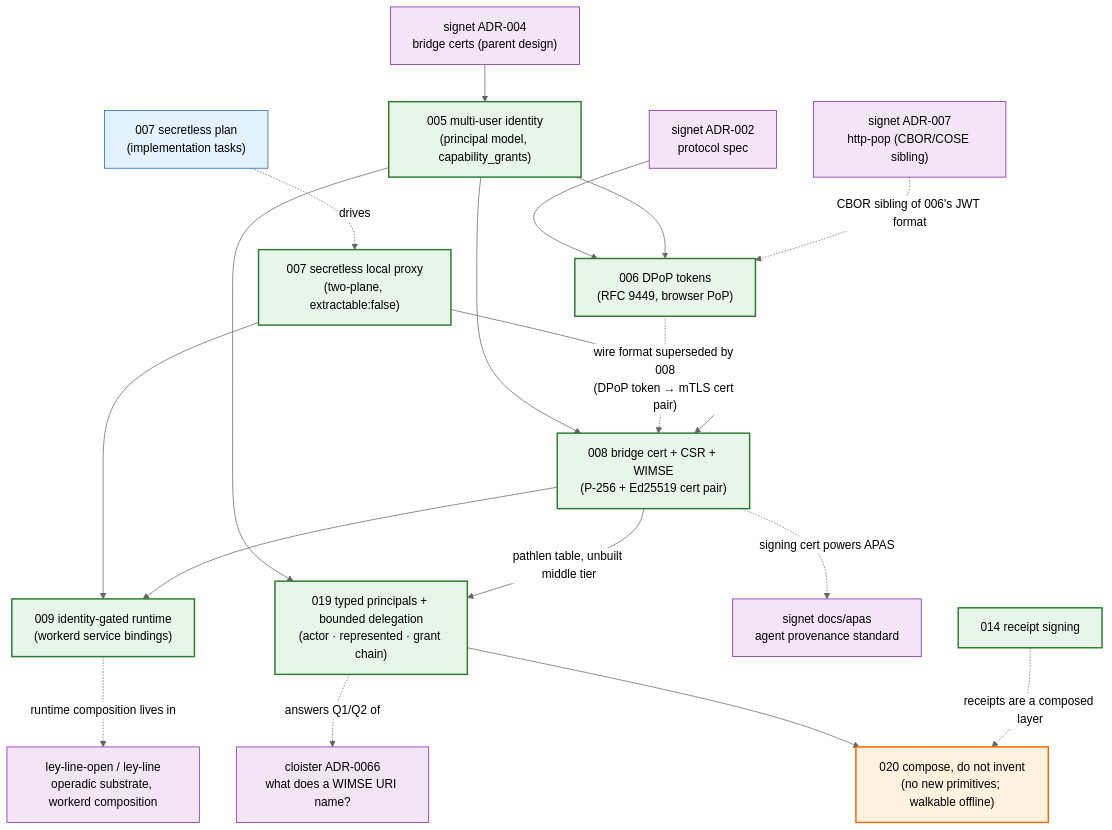
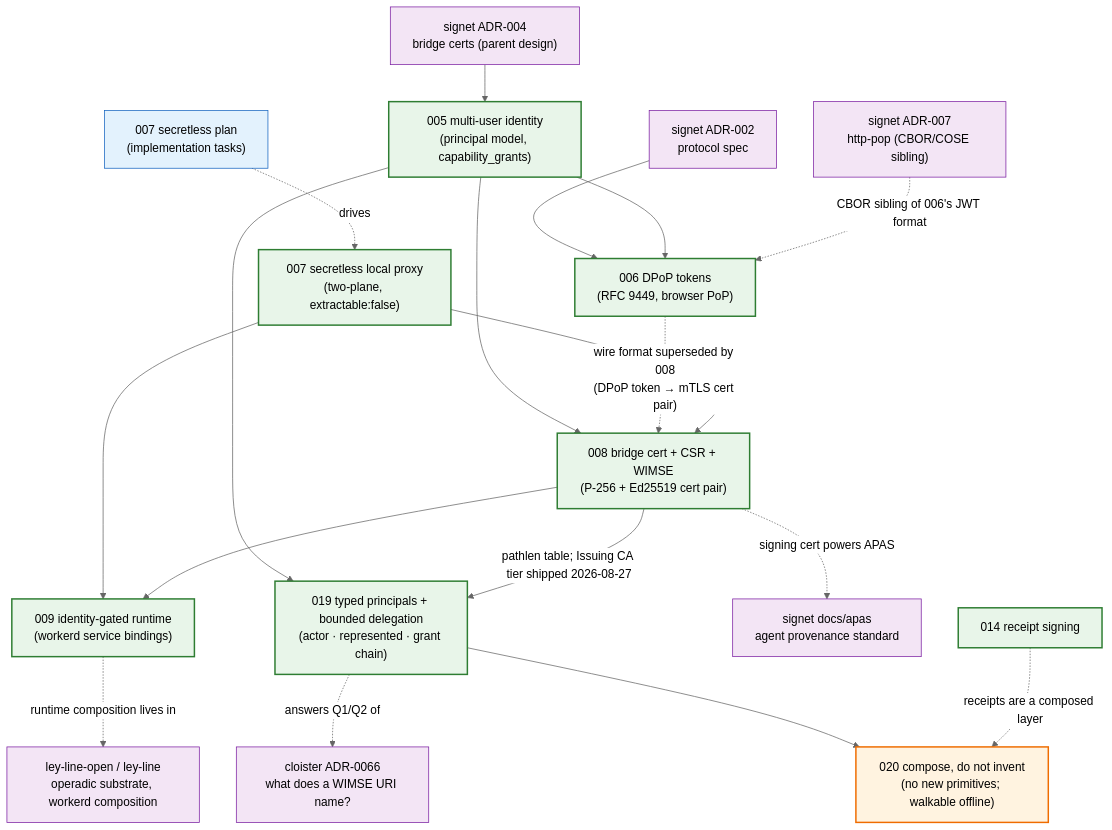
Before and after one commit to agentic-research/notme: the diagram in docs/README.md, drawn with Mermaid (neutral theme). The commit also changed 13 other files, not shown here.

````diff
--- a/docs/README.md
+++ b/docs/README.md
@@ -31,42 +31,42 @@
 ```mermaid
 graph TD
     classDef accepted fill:#e8f5e9,stroke:#2e7d32,stroke-width:2px,color:#000
     classDef proposed fill:#fff3e0,stroke:#ef6c00,stroke-width:2px,color:#000
     classDef plan fill:#e3f2fd,stroke:#1565c0,stroke-width:1px,color:#000
     classDef external fill:#f3e5f5,stroke:#7b1fa2,stroke-width:1px,color:#000
 
     A005["005 multi-user identity<br/>(principal model, capability_grants)"]:::accepted
     A006["006 DPoP tokens<br/>(RFC 9449, browser PoP)"]:::accepted
     A007D["007 secretless local proxy<br/>(two-plane, extractable:false)"]:::accepted
     A007P["007 secretless plan<br/>(implementation tasks)"]:::plan
     A008["008 bridge cert + CSR + WIMSE<br/>(P-256 + Ed25519 cert pair)"]:::accepted
     A009["009 identity-gated runtime<br/>(workerd service bindings)"]:::accepted
     A019["019 typed principals + bounded delegation<br/>(actor · represented · grant chain)"]:::accepted
     A020["020 compose, do not invent<br/>(no new primitives; walkable offline)"]:::proposed
 
     SIG004["signet ADR-004<br/>bridge certs (parent design)"]:::external
     SIG002["signet ADR-002<br/>protocol spec"]:::external
     SIG007["signet ADR-007<br/>http-pop (CBOR/COSE sibling)"]:::external
     APAS["signet docs/apas<br/>agent provenance standard"]:::external
     LL["ley-line-open / ley-line<br/>operadic substrate, workerd composition"]:::external
 
     SIG004 --> A005
     SIG002 --> A006
     A005 --> A006
     A005 --> A008
     A006 -.->|"wire format superseded by 008<br/>(DPoP token → mTLS cert pair)"| A008
     A007D --> A008
     A007D --> A009
     A008 --> A009
     A007P -. drives .-> A007D
     SIG007 -.->|"CBOR sibling of 006's JWT format"| A006
     A008 -.->|"signing cert powers APAS"| APAS
     A009 -.->|"runtime composition lives in"| LL
     A005 --> A019
-    A008 -->|"pathlen table, unbuilt middle tier"| A019
+    A008 -->|"pathlen table; Issuing CA tier shipped 2026-08-27"| A019
     A019 -.->|"answers Q1/Q2 of"| CL0066
     A019 --> A020
     A014 -.->|"receipts are a composed layer"| A020
     CL0066["cloister ADR-0066<br/>what does a WIMSE URI name?"]:::external
     A014["014 receipt signing"]:::accepted
 ```
````
